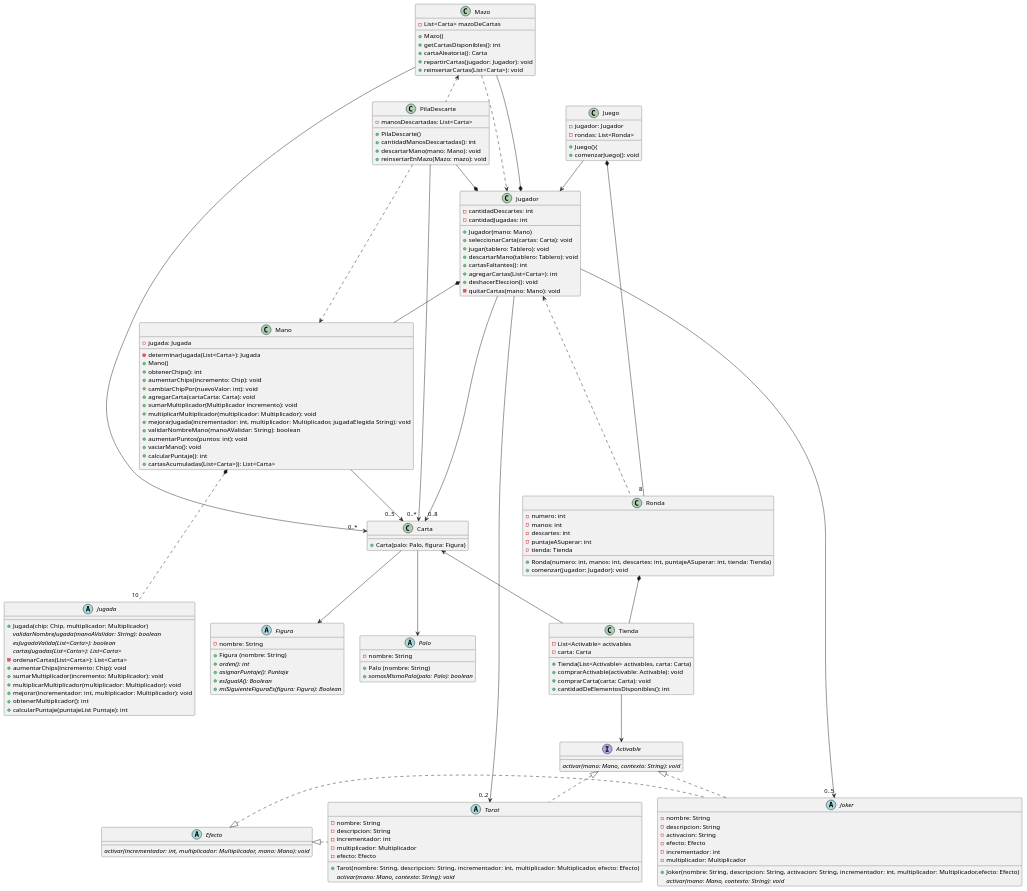
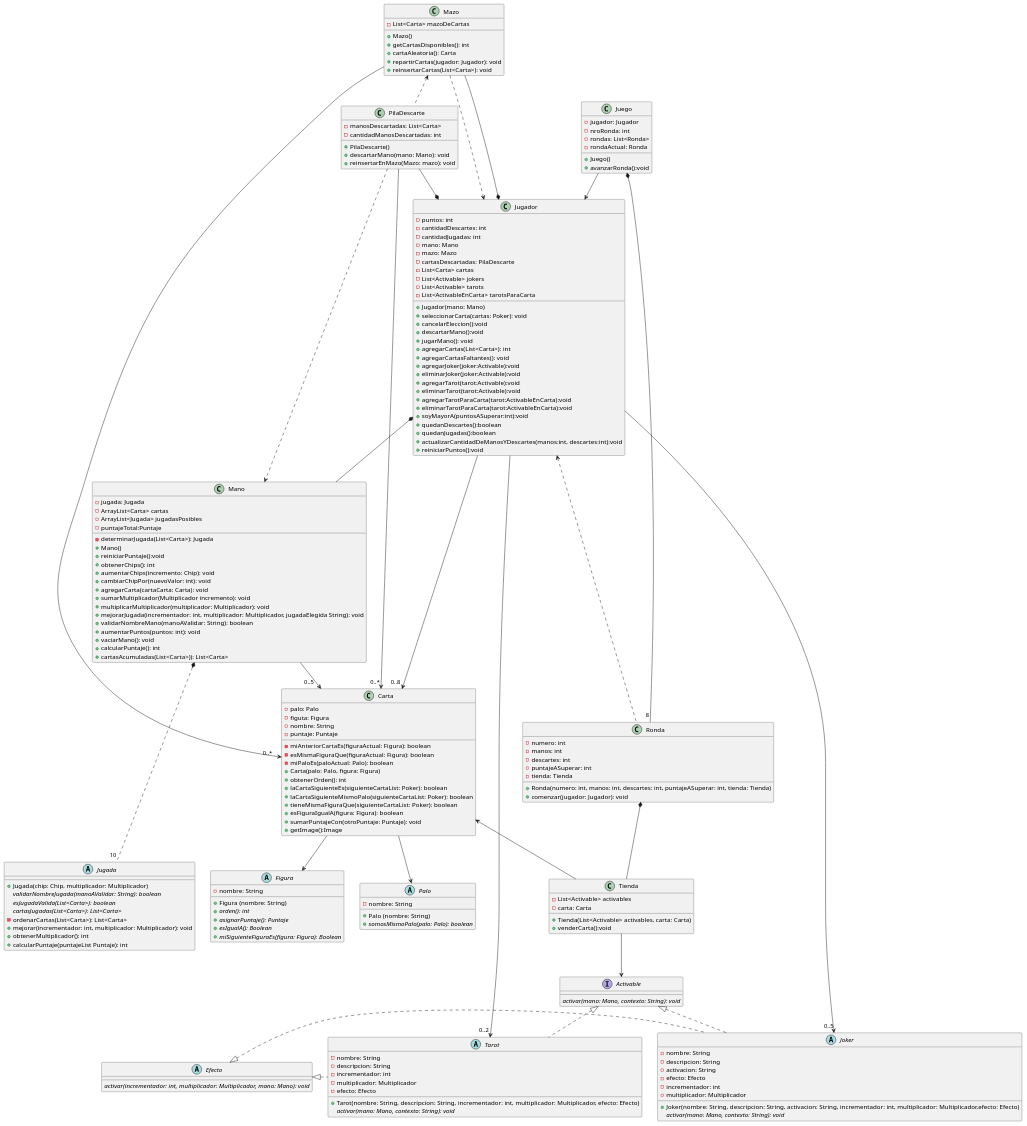
Before and after one commit to Cbonchan/Balatro: the diagram in diagrams/classes/general/General.puml, drawn with PlantUML. The commit also changed 19 other files, not shown here.

Commit message:
agregados diagramas de clases y paquetes

```diff
--- a/diagrams/classes/general/General.puml
+++ b/diagrams/classes/general/General.puml
@@ -1,175 +1,198 @@
 @@startuml diagramaClases
 /'incompleto'/
 
  class Jugador {
+     - puntos: int
      - cantidadDescartes: int
      - cantidadJugadas: int
-
-
+     - mano: Mano
+     - mazo: Mazo
+     - cartasDescartadas: PilaDescarte
+     - List<Carta> cartas
+     - List<Activable> jokers
+     - List<Activable> tarots
+     - List<ActivableEnCarta> tarotsParaCarta
      + Jugador(mano: Mano)
-     + seleccionarCarta(cartas: Carta): void
-     + jugar(tablero: Tablero): void
-     + descartarMano(tablero: Tablero): void
-     + cartasFaltantes(): int
+     + seleccionarCarta(cartas: Poker): void
+     + cancelarEleccion():void
+     + descartarMano():void
+     + jugarMano(): void
      + agregarCartas(List<Carta>): int
-     + deshacerEleccion(): void
-     - quitarCartas(mano: Mano): void
-
+     + agregarCartasFaltantes(): void
+     + agregarJoker(joker:Activable):void
+     + eliminarJoker(joker:Activable):void
+     + agregarTarot(tarot:Activable):void
+     + eliminarTarot(tarot:Activable):void
+     + agregarTarotParaCarta(tarot:ActivableEnCarta):void
+     + eliminarTarotParaCarta(tarot:ActivableEnCarta):void
+     + soyMayorA(puntosASuperar:int):void
+     + quedanDescartes():boolean
+     + quedanJugadas():boolean
+     + actualizarCantidadDeManosYDescartes(manos:int, descartes:int):void
+     + reiniciarPuntos():void
  }
 
 
  class Carta {
-
-
+     - palo: Palo
+     - figuta: Figura
+     - nombre: String
+     - puntaje: Puntaje
+     - miAnteriorCartaEs(figuraActual: Figura): boolean
+     - esMismaFiguraQue(figuraActual: Figura): boolean
+     - miPaloEs(paloActual: Palo): boolean
      + Carta(palo: Palo, figura: Figura)
-
+     + obtenerOrden(): int
+     + laCartaSiguienteEs(siguienteCartaList: Poker): boolean
+     + laCartaSiguienteMismoPalo(siguienteCartaList: Poker): boolean
+     + tieneMismaFiguraQue(siguienteCartaList: Poker): boolean
+     + esFiguraIgualA(figura: Figura): boolean
+     + sumarPuntajeCon(otroPuntaje: Puntaje): void
+     + getImage():Image
  }
 
 abstract class Figura{
     - nombre: String
     +Figura (nombre: String)
     + {abstract} orden(): int
     + {abstract} asignarPuntaje(): Puntaje
     + {abstract} esIgualA(): Boolean
     + {abstract} miSiguienteFiguraEs(figura: Figura): Boolean
 }
 
 abstract class Palo{
     - nombre: String
     +Palo (nombre: String)
     + {abstract} somosMismoPalo(palo: Palo): boolean
 }
 
 
  class Mano {
-      - jugada: Jugada
-      - determinarJugada(List<Carta>): Jugada
-      +Mano()
-      + obtenerChips(): int
-      + aumentarChips(incremento: Chip): void
-      + cambiarChipPor(nuevoValor: int): void
-      + agregarCarta(cartaCarta: Carta): void
-      + sumarMultiplicador(Multiplicador incremento): void
-      + multiplicarMultiplicador(multiplicador: Multiplicador): void
-      + mejorarJugada(incrementador: int, multiplicador: Multiplicador, jugadaElegida String): void
-      + validarNombreMano(manoAValidar: String): boolean
-      + aumentarPuntos(puntos: int): void
-      + vaciarMano(): void
-      + calcularPuntaje(): int
-      + cartasAcumuladas(List<Carta>)): List<Carta>
-
-  }
+     - jugada: Jugada
+     - ArrayList<Carta> cartas
+     - ArrayList<Jugada> jugadasPosibles
+     - puntajeTotal:Puntaje
+     - determinarJugada(List<Carta>): Jugada
+     + Mano()
+     + reiniciarPuntaje():void
+     + obtenerChips(): int
+     + aumentarChips(incremento: Chip): void
+     + cambiarChipPor(nuevoValor: int): void
+     + agregarCarta(cartaCarta: Carta): void
+     + sumarMultiplicador(Multiplicador incremento): void
+     + multiplicarMultiplicador(multiplicador: Multiplicador): void
+     + mejorarJugada(incrementador: int, multiplicador: Multiplicador, jugadaElegida String): void
+     + validarNombreMano(manoAValidar: String): boolean
+     + aumentarPuntos(puntos: int): void
+     + vaciarMano(): void
+     + calcularPuntaje(): int
+     + cartasAcumuladas(List<Carta>)): List<Carta>
+ }
 
   abstract class Jugada{
       +Jugada(chip: Chip, multiplicador: Multiplicador)
       {abstract} validarNombreJugada(manoAValidar: String): boolean
       {abstract} esJugadaValida(List<Carta>): boolean
       {abstract} cartasJugadas(List<Carta>): List<Carta>
-      - ordenarCartas(List<Carta>): List<Carta>
-      + aumentarChips(incremento: Chip): void
-      +sumarMultiplicador(incremento: Multiplicador): void
-      +multiplicarMultiplicador(multiplicador: Multiplicador): void
+      -ordenarCartas(List<Carta>): List<Carta>
       +mejorar(incrementador: int, multiplicador: Multiplicador): void
       +obtenerMultiplicador(): int
       + calcularPuntaje(puntajeList Puntaje): int
   }
 
  abstract class Joker implements Activable{
     -nombre: String
     -descripcion: String
     -activacion: String
     -efecto: Efecto
     -incrementador: int
     -multiplicador: Multiplicador
     +Joker(nombre: String, descripcion: String, activacion: String, incrementador: int, multiplicador: Multiplicador,efecto: Efecto)
     {abstract}activar(mano: Mano, contexto: String): void
  }
+
  abstract class Tarot implements Activable{
     -nombre: String
     -descripcion: String
     -incrementador: int
     -multiplicador: Multiplicador
     -efecto: Efecto
-
     +Tarot(nombre: String, descripcion: String, incrementador: int, multiplicador: Multiplicador, efecto: Efecto)
     {abstract}activar(mano: Mano, contexto: String): void
  }
 
  interface Activable{
     {abstract}activar(mano: Mano, contexto: String): void
  }
 
 abstract class Efecto{
 {abstract} activar(incrementador: int, multiplicador: Multiplicador, mano: Mano): void
 }
 
 class PilaDescarte {
     - manosDescartadas: List<Carta>
-
+    - cantidadManosDescartadas: int
     + PilaDescarte()
-    + cantidadManosDescartadas(): int
     + descartarMano(mano: Mano): void
     + reinsertarEnMazo(Mazo: mazo): void
  }
 
 class Mazo{
     -List<Carta> mazoDeCartas
     +Mazo()
     +getCartasDisponibles(): int
     +cartaAleatoria(): Carta
     +repartirCartas(jugador: Jugador): void
     +reinsertarCartas(List<Carta>): void
 }
 
 class Ronda{
--numero: int
--manos: int
--descartes: int
--puntajeASuperar: int
--tienda: Tienda
-
-+Ronda(numero: int, manos: int, descartes: int, puntajeASuperar: int, tienda: Tienda)
-+comenzar(jugador: Jugador): void
+    -numero: int
+    -manos: int
+    -descartes: int
+    -puntajeASuperar: int
+    -tienda: Tienda
+    +Ronda(numero: int, manos: int, descartes: int, puntajeASuperar: int, tienda: Tienda)
+    +comenzar(jugador: Jugador): void
 }
 
 class Juego{
--jugador: Jugador
--rondas: List<Ronda>
-
-+Juego(){
-+comenzarJuego(): void
+    -jugador: Jugador
+    -nroRonda: int
+    -rondas: List<Ronda>
+    -rondaActual: Ronda
+    +Juego()
+    +avanzarRonda():void
 }
 
 class Tienda{
--List<Activable> activables
--carta: Carta
-+Tienda(List<Activable> activables, carta: Carta)
-+comprarActivable(activable: Activable): void
-+comprarCarta(carta: Carta): void
-+cantidadDeElementosDisponibles(): int
+    -List<Activable> activables
+    -carta: Carta
+    +Tienda(List<Activable> activables, carta: Carta)
+    +venderCarta():void
 }
 
 Juego *--"8 " Ronda
 Ronda *-- Tienda
 PilaDescarte --* Jugador
 Jugador *-- Mano
 Mano -->"0..5   " Carta
 Mano *-.-"10 " Jugada
 Jugador --->"0..8  " Carta
 PilaDescarte ..> Mano
 Mazo <.. PilaDescarte
 Mazo ...> Jugador
 Mazo -->" 0..*    " Carta
 Carta --> Palo
 Carta --> Figura
 Mazo --* Jugador
 Jugador -->"0..5" Joker
 Jugador -->"0..2 " Tarot
 Efecto <|. Tarot
 Efecto <|. Joker
 Tienda--> Activable
 Carta <- Tienda
 Juego --> Jugador
 PilaDescarte -->"0..* " Carta
 Jugador <... Ronda
  @enduml
```
